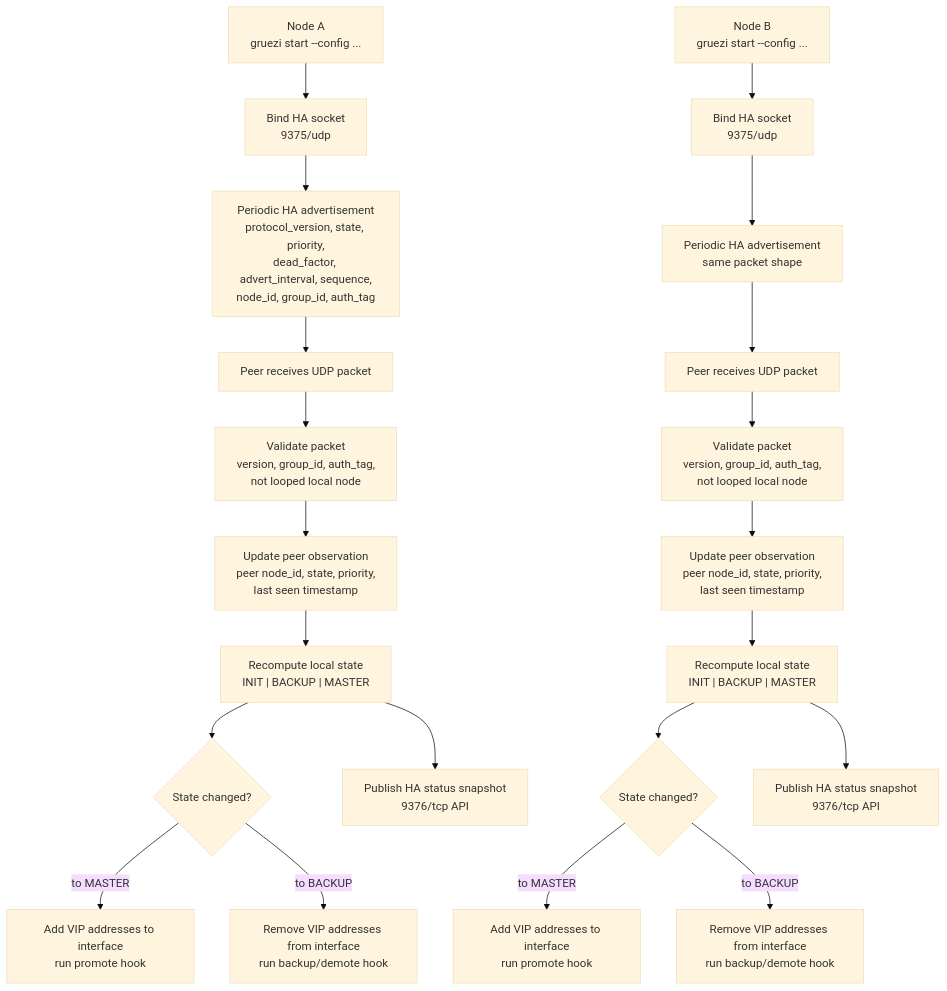
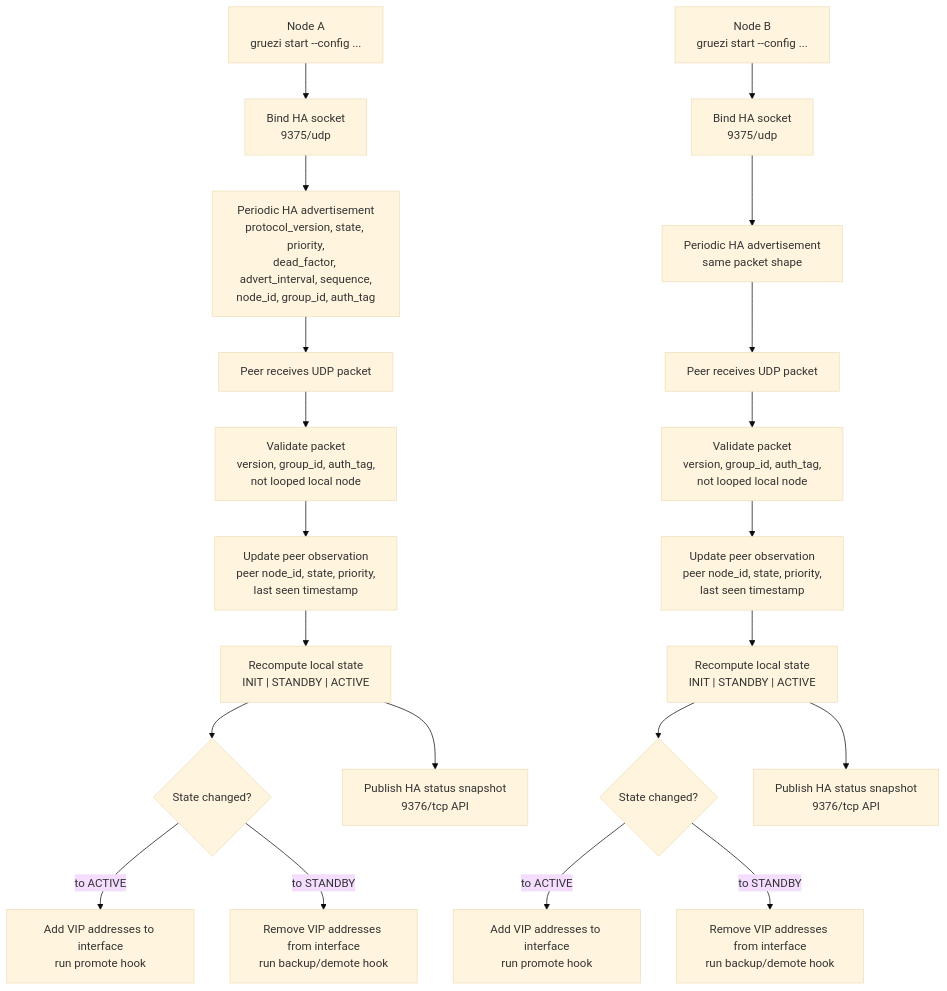
The diagram in README.md (gruezi-io/gruezi), drawn with Mermaid (base theme) before and after one commit. The commit also changed other lines of this file and 25 other files, not shown here.

````diff
--- a/README.md
+++ b/README.md
@@ -145,31 +152,31 @@
 ```mermaid
 flowchart TD
     A["Node A<br/>gruezi start --config ..."] --> B["Bind HA socket<br/>9375/udp"]
     C["Node B<br/>gruezi start --config ..."] --> D["Bind HA socket<br/>9375/udp"]
 
     B --> E["Periodic HA advertisement<br/>protocol_version, state, priority,<br/>dead_factor, advert_interval, sequence,<br/>node_id, group_id, auth_tag"]
     D --> F["Periodic HA advertisement<br/>same packet shape"]
 
     E --> G["Peer receives UDP packet"]
     F --> H["Peer receives UDP packet"]
 
     G --> I["Validate packet<br/>version, group_id, auth_tag,<br/>not looped local node"]
     H --> J["Validate packet<br/>version, group_id, auth_tag,<br/>not looped local node"]
 
     I --> K["Update peer observation<br/>peer node_id, state, priority,<br/>last seen timestamp"]
     J --> L["Update peer observation<br/>peer node_id, state, priority,<br/>last seen timestamp"]
 
-    K --> M["Recompute local state<br/>INIT | BACKUP | MASTER"]
-    L --> N["Recompute local state<br/>INIT | BACKUP | MASTER"]
+    K --> M["Recompute local state<br/>INIT | STANDBY | ACTIVE"]
+    L --> N["Recompute local state<br/>INIT | STANDBY | ACTIVE"]
 
     M --> O{"State changed?"}
     N --> P{"State changed?"}
 
-    O -- "to MASTER" --> Q["Add VIP addresses to interface<br/>run promote hook"]
-    O -- "to BACKUP" --> R["Remove VIP addresses from interface<br/>run backup/demote hook"]
-    P -- "to MASTER" --> S["Add VIP addresses to interface<br/>run promote hook"]
-    P -- "to BACKUP" --> T["Remove VIP addresses from interface<br/>run backup/demote hook"]
+    O -- "to ACTIVE" --> Q["Add VIP addresses to interface<br/>run promote hook"]
+    O -- "to STANDBY" --> R["Remove VIP addresses from interface<br/>run backup/demote hook"]
+    P -- "to ACTIVE" --> S["Add VIP addresses to interface<br/>run promote hook"]
+    P -- "to STANDBY" --> T["Remove VIP addresses from interface<br/>run backup/demote hook"]
 
     M --> U["Publish HA status snapshot<br/>9376/tcp API"]
     N --> V["Publish HA status snapshot<br/>9376/tcp API"]
 ```
````
